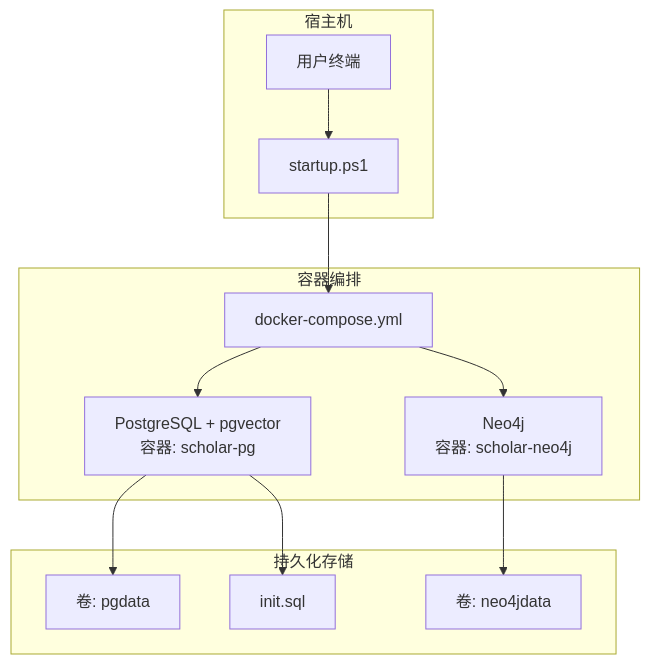
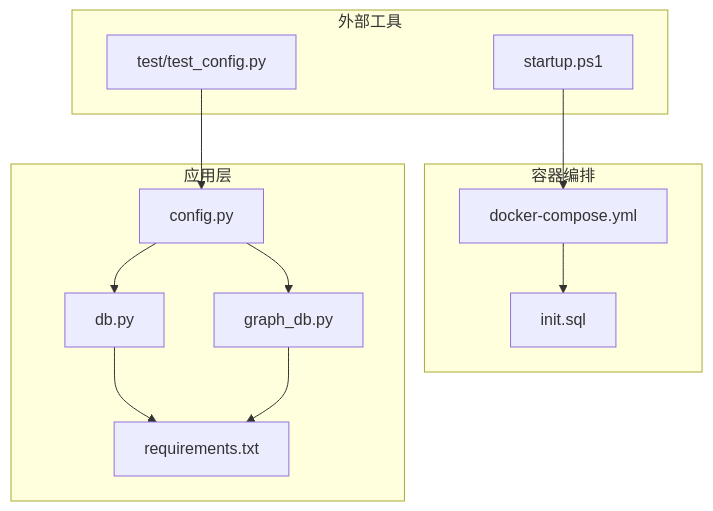
One commit to 1173591564/academic-based-qoder changed the first of 7 diagrams in .qoder/repowiki/zh/content/部署与运维/容器化部署.md. Above: the diagram before and after it, drawn with Mermaid. The commit also changed other lines of this file and 221 other files, not shown here.

````diff
--- a/.qoder/repowiki/zh/content/部署与运维/容器化部署.md
+++ b/.qoder/repowiki/zh/content/部署与运维/容器化部署.md
@@ -35,24 +41,24 @@
 ```mermaid
 graph TB
-subgraph "宿主机"
-U["用户终端"]
-S["startup.ps1"]
-end
 subgraph "容器编排"
 DC["docker-compose.yml"]
-PG["PostgreSQL + pgvector<br/>容器: scholar-pg"]
-N4J["Neo4j<br/>容器: scholar-neo4j"]
+INIT["init.sql"]
 end
-subgraph "持久化存储"
-V1["卷: pgdata"]
-V2["卷: neo4jdata"]
-SQL["init.sql"]
+subgraph "应用层"
+CFG["config.py"]
+DB["db.py"]
+GDB["graph_db.py"]
+REQ["requirements.txt"]
 end
-U --> S
-S --> DC
-DC --> PG
-DC --> N4J
-PG --> V1
-PG --> SQL
-N4J --> V2
+subgraph "外部工具"
+START["startup.ps1"]
+TEST["test/test_config.py"]
+end
+DC --> INIT
+CFG --> DB
+CFG --> GDB
+DB --> REQ
+GDB --> REQ
+START --> DC
+TEST --> CFG
 ```
````
